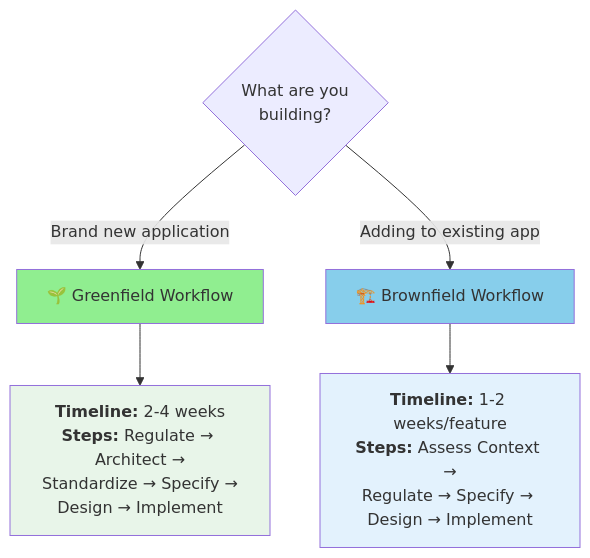
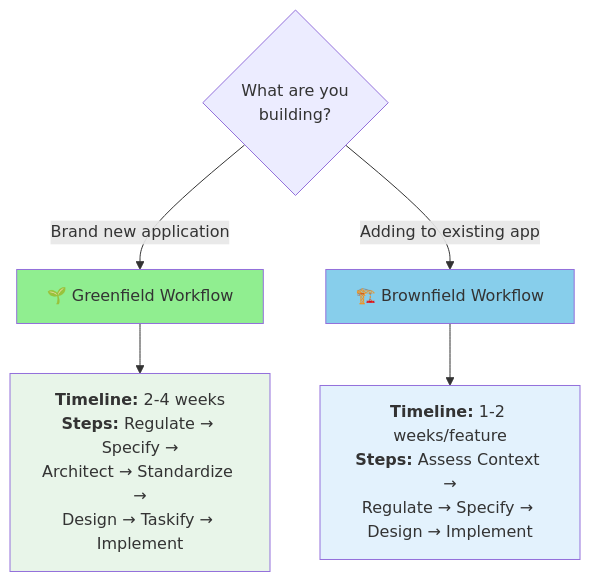
Before and after one commit to DauQuangThanh/hanoi-rainbow: the third of 3 diagrams in README.md, drawn with Mermaid. The commit also changed other lines of this file and 12 other files, not shown here.

````diff
--- a/README.md
+++ b/README.md
@@ -507,15 +460,15 @@
 ```mermaid
 flowchart TD
     Start{What are you<br/>building?}
     
     Start -->|Brand new application| GF[🌱 Greenfield Workflow]
     Start -->|Adding to existing app| BF[🏗️ Brownfield Workflow]
     
-    GF --> GFDesc["<b>Timeline:</b> 2-4 weeks<br/><b>Steps:</b> Regulate → Architect →<br/>Standardize → Specify →<br/>Design → Implement"]
+    GF --> GFDesc["<b>Timeline:</b> 2-4 weeks<br/><b>Steps:</b> Regulate → Specify →<br/>Architect → Standardize →<br/>Design → Taskify → Implement"]
     BF --> BFDesc["<b>Timeline:</b> 1-2 weeks/feature<br/><b>Steps:</b> Assess Context →<br/>Regulate → Specify → Design → Implement"]
     
     style GF fill:#90EE90
     style BF fill:#87CEEB
     style GFDesc fill:#E8F5E9
     style BFDesc fill:#E3F2FD
 ```
````
